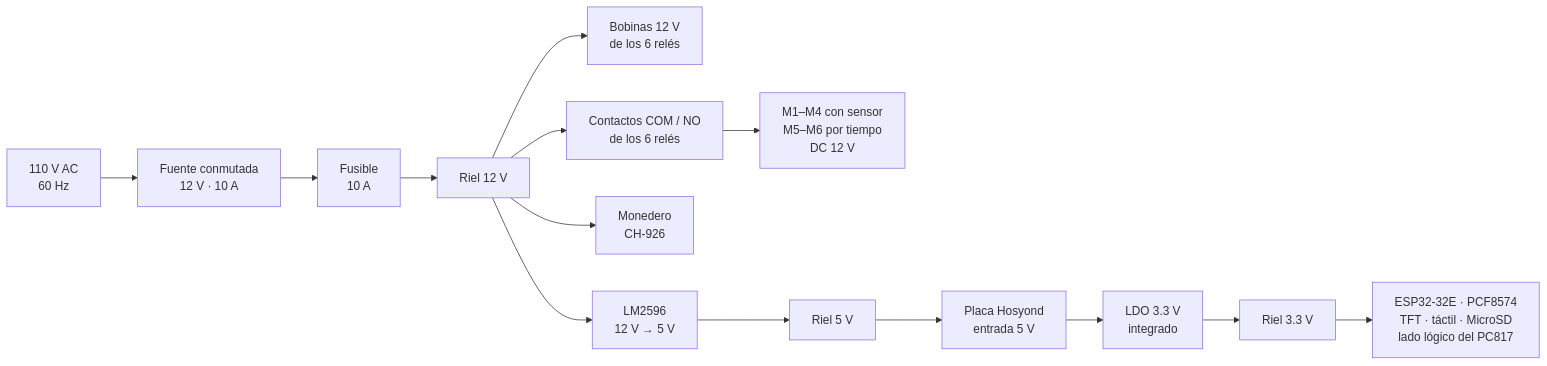
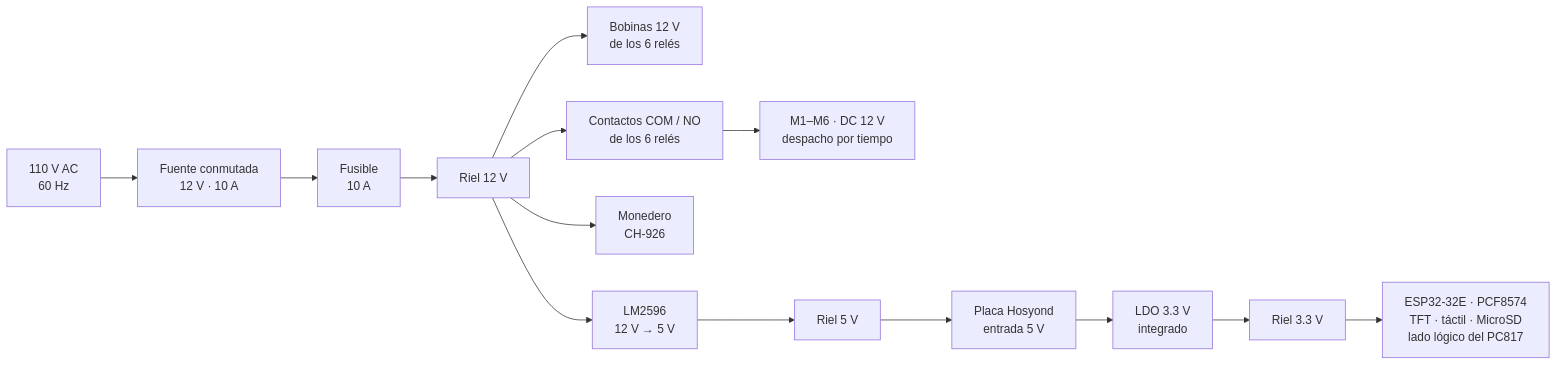
One commit to yeremybautista77/Maquina_Expendedora changed the second of 2 diagrams in Diseño_electronico/ARQUITECTURA_HARDWARE.md. Above: the diagram before and after it, drawn with Mermaid. The commit also changed other lines of this file and 12 other files, not shown here.

````diff
--- a/Diseño_electronico/ARQUITECTURA_HARDWARE.md
+++ b/Diseño_electronico/ARQUITECTURA_HARDWARE.md
@@ -150,16 +138,16 @@
 ```mermaid
 graph LR
     AC["110 V AC<br/>60 Hz"] --> PSU["Fuente conmutada<br/>12 V · 10 A"]
     PSU --> FUSE["Fusible<br/>10 A"]
     FUSE --> R12["Riel 12 V"]
     R12 --> COILS["Bobinas 12 V<br/>de los 6 relés"]
     R12 --> COM["Contactos COM / NO<br/>de los 6 relés"]
-    COM --> MOT["M1–M4 con sensor<br/>M5–M6 por tiempo<br/>DC 12 V"]
+    COM --> MOT["M1–M6 · DC 12 V<br/>despacho por tiempo"]
     R12 --> COIN["Monedero<br/>CH-926"]
     R12 --> BUCK["LM2596<br/>12 V → 5 V"]
     BUCK --> R5["Riel 5 V"]
     R5 --> BOARD["Placa Hosyond<br/>entrada 5 V"]
     BOARD --> LDO["LDO 3.3 V<br/>integrado"]
     LDO --> R33["Riel 3.3 V"]
     R33 --> LOADS["ESP32-32E · PCF8574<br/>TFT · táctil · MicroSD<br/>lado lógico del PC817"]
 ```
````
